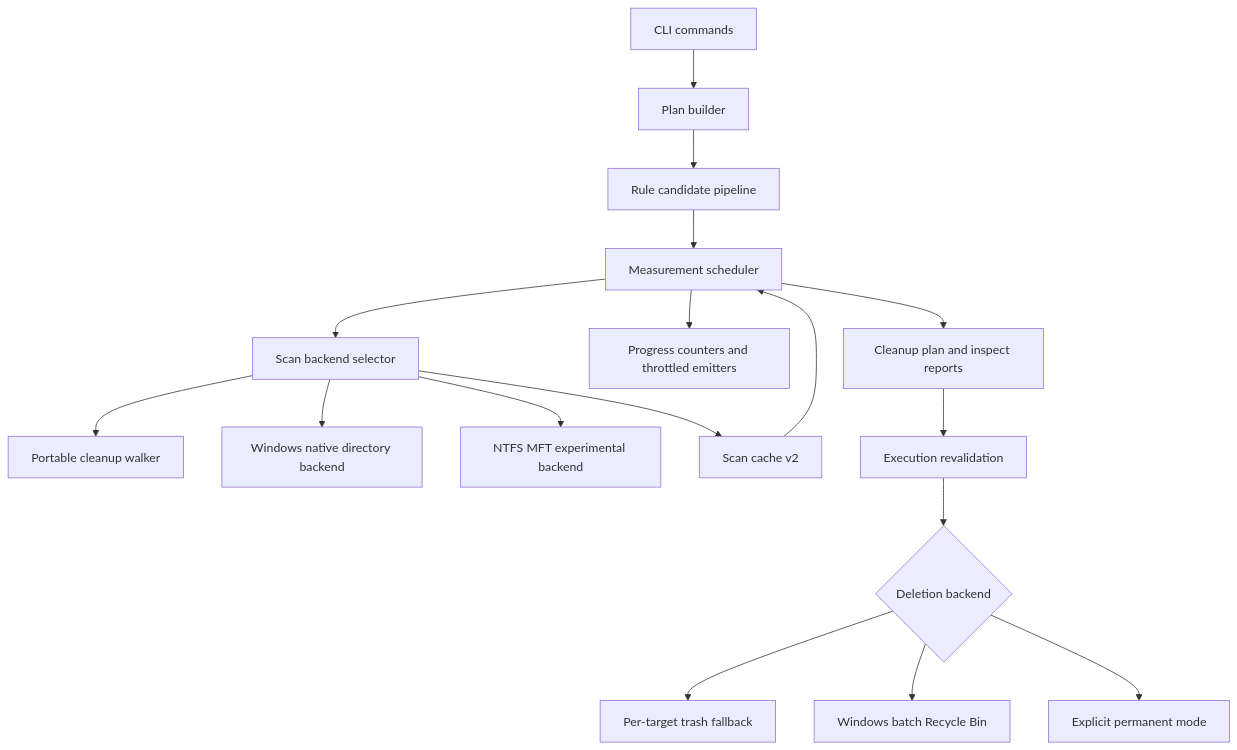
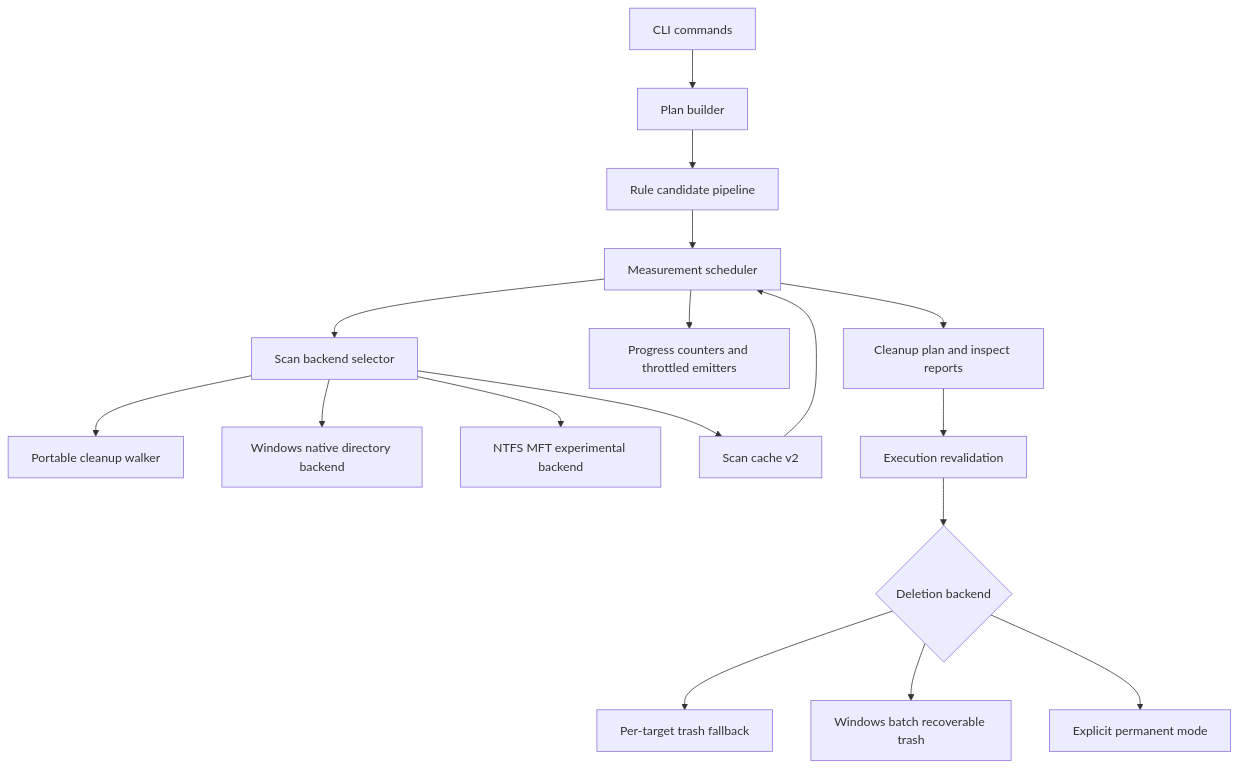
One commit to Latias94/rebecca changed the first of 2 diagrams in docs/plans/2026-07-01-002-perf-cleaner-engine-plan.md. Above: the diagram before and after it, drawn with Mermaid. The commit also changed other lines of this file and 67 other files, not shown here.

````diff
--- a/docs/plans/2026-07-01-002-perf-cleaner-engine-plan.md
+++ b/docs/plans/2026-07-01-002-perf-cleaner-engine-plan.md
@@ -178,19 +178,19 @@
 ```mermaid
 flowchart TB
   CLI[CLI commands] --> Planner[Plan builder]
   Planner --> Candidates[Rule candidate pipeline]
   Candidates --> Measure[Measurement scheduler]
   Measure --> Selector[Scan backend selector]
   Selector --> Portable[Portable cleanup walker]
   Selector --> WinDir[Windows native directory backend]
   Selector --> MFT[NTFS MFT experimental backend]
   Selector --> Cache[Scan cache v2]
   Cache --> Measure
   Measure --> Progress[Progress counters and throttled emitters]
   Measure --> Plan[Cleanup plan and inspect reports]
   Plan --> Executor[Execution revalidation]
   Executor --> DeleteBackend{Deletion backend}
   DeleteBackend --> Trash[Per-target trash fallback]
-  DeleteBackend --> BatchTrash[Windows batch Recycle Bin]
+  DeleteBackend --> BatchTrash[Windows batch recoverable trash]
   DeleteBackend --> Permanent[Explicit permanent mode]
 ```
````
